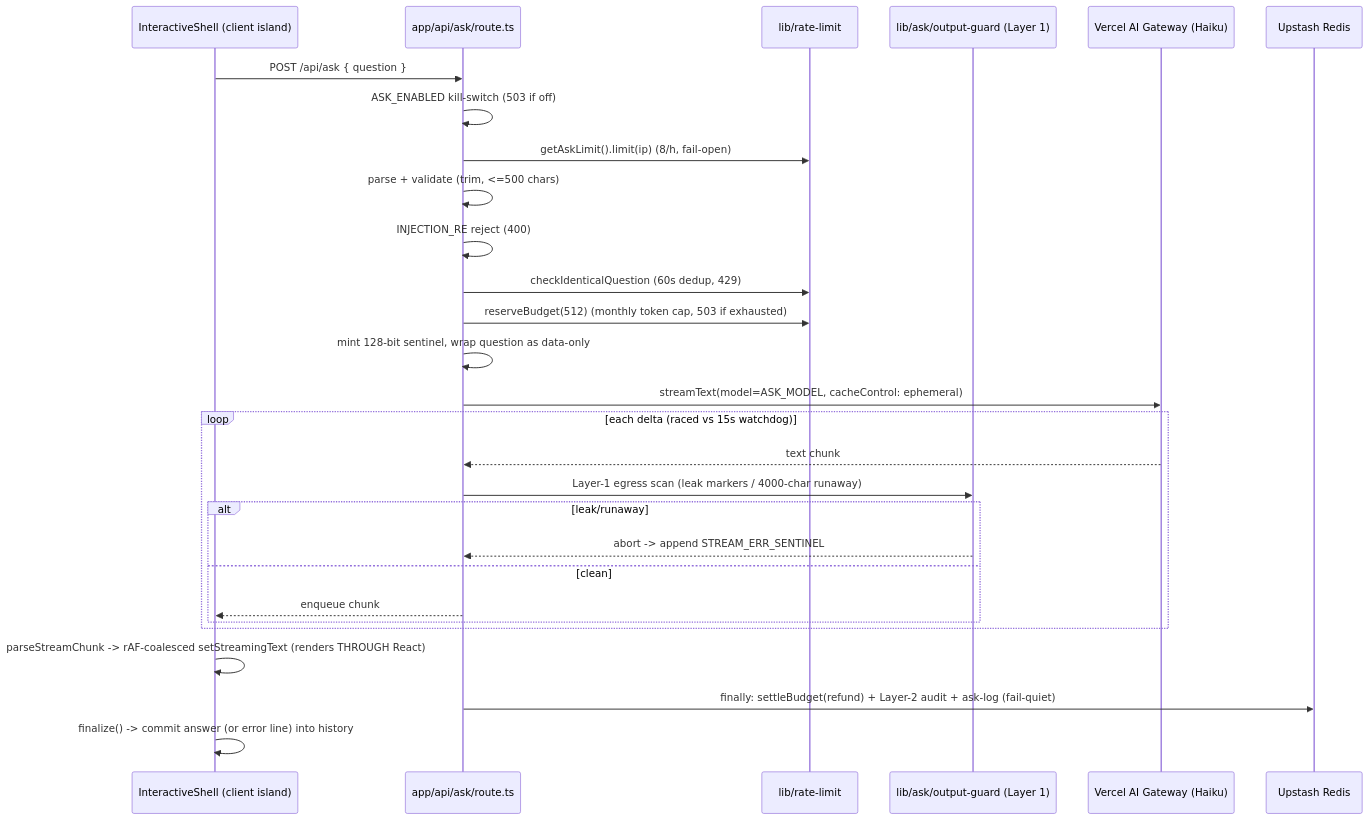
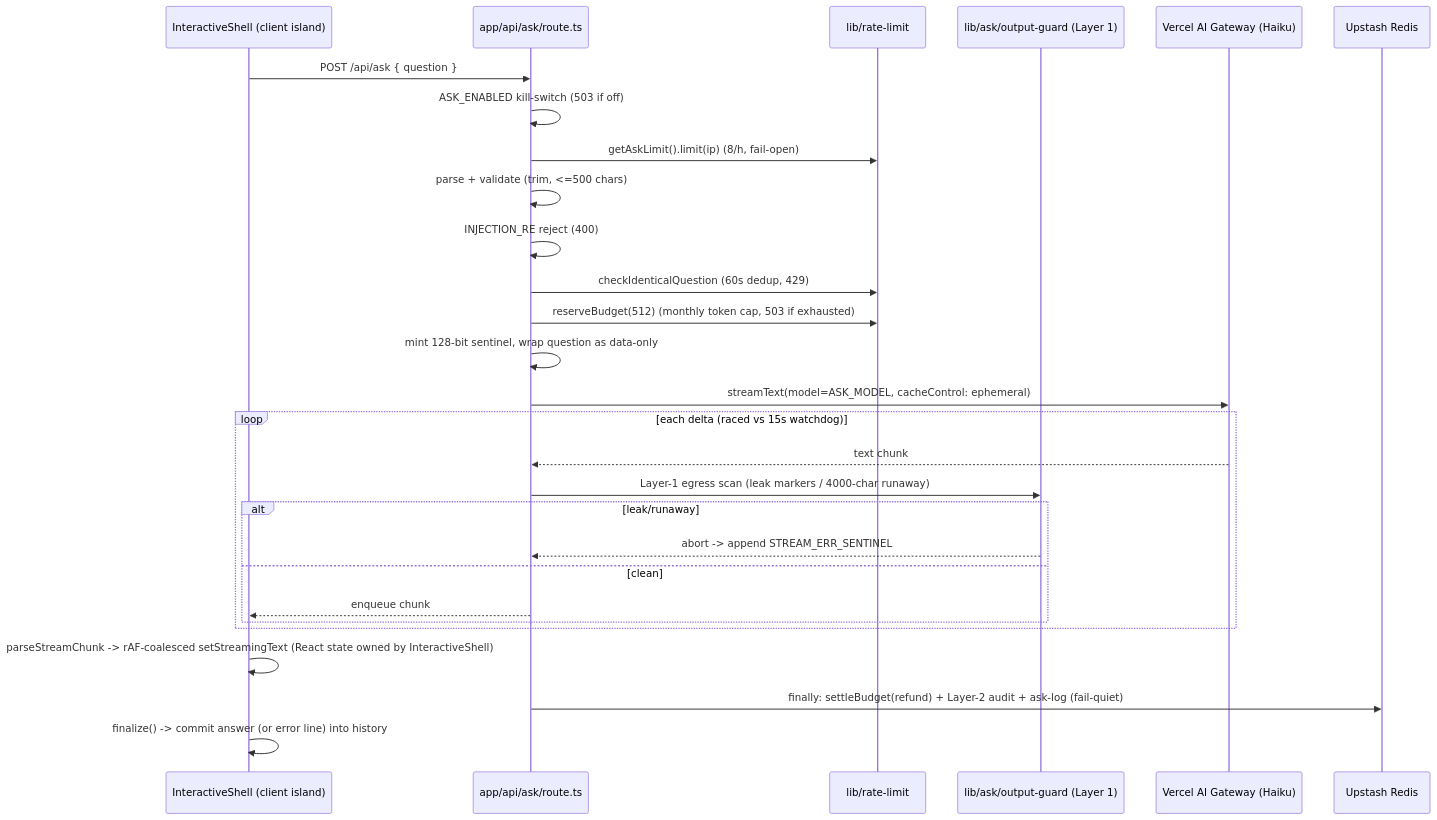
One commit to erikunha/portfolio changed the fourth of 6 diagrams in docs/03-rendering-and-data-flow.md. Above: the diagram before and after it, drawn with Mermaid. The commit also changed other lines of this file and 30 other files, not shown here.

First line of the commit message:
docs(terminal-redesign): sync docs and diagrams with the redesign; review only on request (#291)

````diff
--- a/docs/03-rendering-and-data-flow.md
+++ b/docs/03-rendering-and-data-flow.md
@@ -105,31 +115,31 @@
 ```mermaid
 sequenceDiagram
     participant U as InteractiveShell (client island)
     participant R as app/api/ask/route.ts
     participant RL as lib/rate-limit
     participant G as lib/ask/output-guard (Layer 1)
     participant AI as Vercel AI Gateway (Haiku)
     participant KV as Upstash Redis
 
     U->>R: POST /api/ask { question }
     R->>R: ASK_ENABLED kill-switch (503 if off)
     R->>RL: getAskLimit().limit(ip)  (8/h, fail-open)
     R->>R: parse + validate (trim, <=500 chars)
     R->>R: INJECTION_RE reject (400)
     R->>RL: checkIdenticalQuestion (60s dedup, 429)
     R->>RL: reserveBudget(512)  (monthly token cap, 503 if exhausted)
     R->>R: mint 128-bit sentinel, wrap question as data-only
     R->>AI: streamText(model=ASK_MODEL, cacheControl: ephemeral)
     loop each delta (raced vs 15s watchdog)
         AI-->>R: text chunk
         R->>G: Layer-1 egress scan (leak markers / 4000-char runaway)
         alt leak/runaway
             G-->>R: abort -> append STREAM_ERR_SENTINEL
         else clean
             R-->>U: enqueue chunk
         end
     end
-    U->>U: parseStreamChunk -> rAF-coalesced setStreamingText (renders THROUGH React)
+    U->>U: parseStreamChunk -> rAF-coalesced setStreamingText (React state owned by InteractiveShell)
     R->>KV: finally: settleBudget(refund) + Layer-2 audit + ask-log (fail-quiet)
     U->>U: finalize() -> commit answer (or error line) into history
 ```
````
